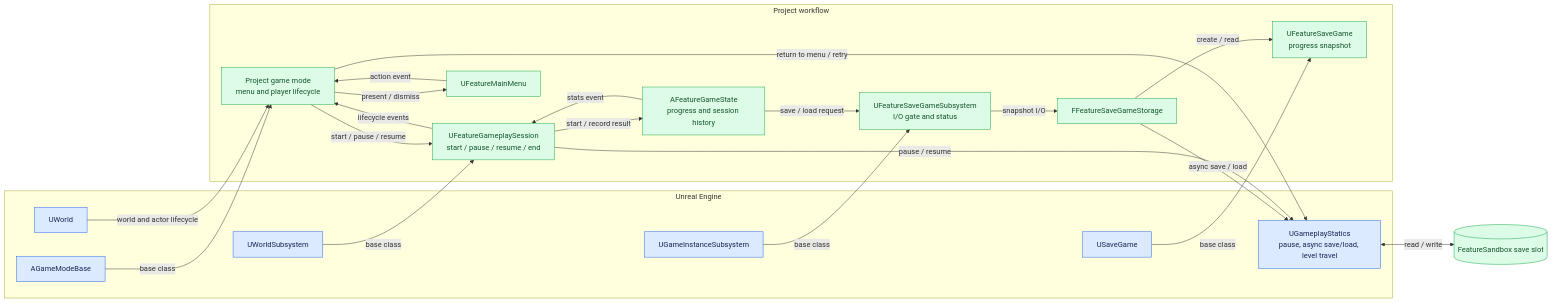
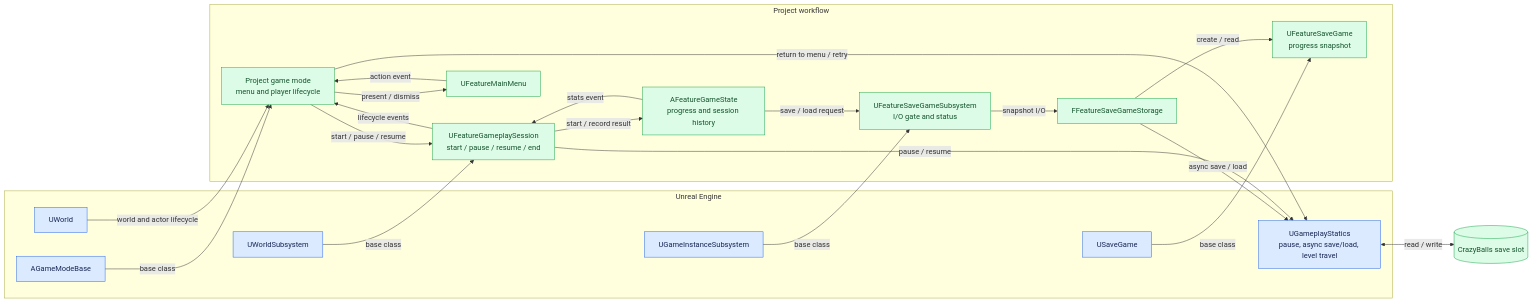
Before and after one commit to chaotive/test_UE_584_G1_c: the fourth of 4 diagrams in README.md, drawn with Mermaid. The commit also changed other lines of this file and 8 other files, not shown here.

````diff
--- a/README.md
+++ b/README.md
@@ -214,43 +212,43 @@
 ```mermaid
 flowchart LR
     subgraph UE["Unreal Engine"]
         World["UWorld"]
         ModeBase["AGameModeBase"]
         WorldSub["UWorldSubsystem"]
         InstanceSub["UGameInstanceSubsystem"]
         SaveBase["USaveGame"]
         Statics["UGameplayStatics<br/>pause, async save/load, level travel"]
     end
     subgraph FeatureFlow["Project workflow"]
         Mode["Project game mode<br/>menu and player lifecycle"]
         Session["UFeatureGameplaySession<br/>start / pause / resume / end"]
         State["AFeatureGameState<br/>progress and session history"]
         Saves["UFeatureSaveGameSubsystem<br/>I/O gate and status"]
         Storage["FFeatureSaveGameStorage"]
         Snapshot["UFeatureSaveGame<br/>progress snapshot"]
         Menu["UFeatureMainMenu"]
     end
-    Slot[("FeatureSandbox save slot")]
+    Slot[("CrazyBalls save slot")]
     ModeBase -->|"base class"| Mode
     WorldSub -->|"base class"| Session
     InstanceSub -->|"base class"| Saves
     SaveBase -->|"base class"| Snapshot
     World -->|"world and actor lifecycle"| Mode
     Mode -->|"start / pause / resume"| Session
     Session -->|"lifecycle events"| Mode
     Mode -->|"present / dismiss"| Menu
     Menu -->|"action event"| Mode
     Session -->|"start / record result"| State
     State -->|"stats event"| Session
     State -->|"save / load request"| Saves
     Saves -->|"snapshot I/O"| Storage
     Storage -->|"create / read"| Snapshot
     Storage -->|"async save / load"| Statics
     Statics <-->|"read / write"| Slot
     Session -->|"pause / resume"| Statics
     Mode -->|"return to menu / retry"| Statics
     classDef engine fill:#dbeafe,stroke:#2563eb,color:#172554
     classDef feature fill:#dcfce7,stroke:#16a34a,color:#14532d
     class World,ModeBase,WorldSub,InstanceSub,SaveBase,Statics engine
     class Mode,Session,State,Saves,Storage,Snapshot,Menu,Slot feature
 ```
````
